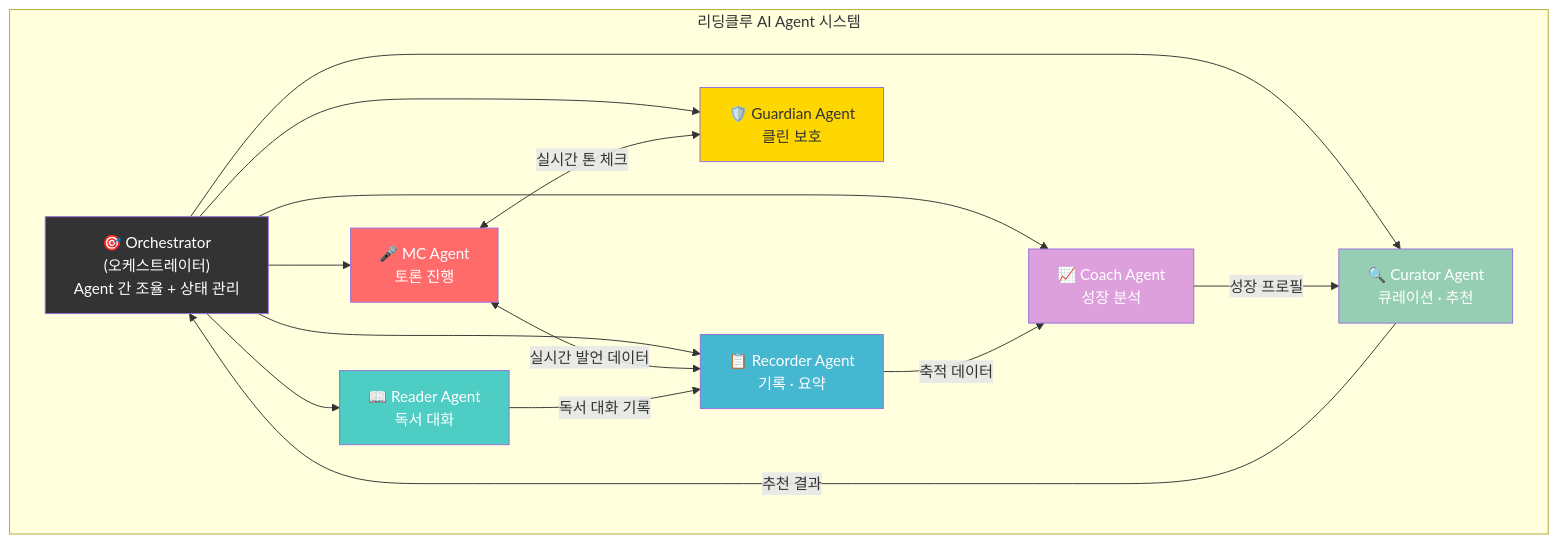
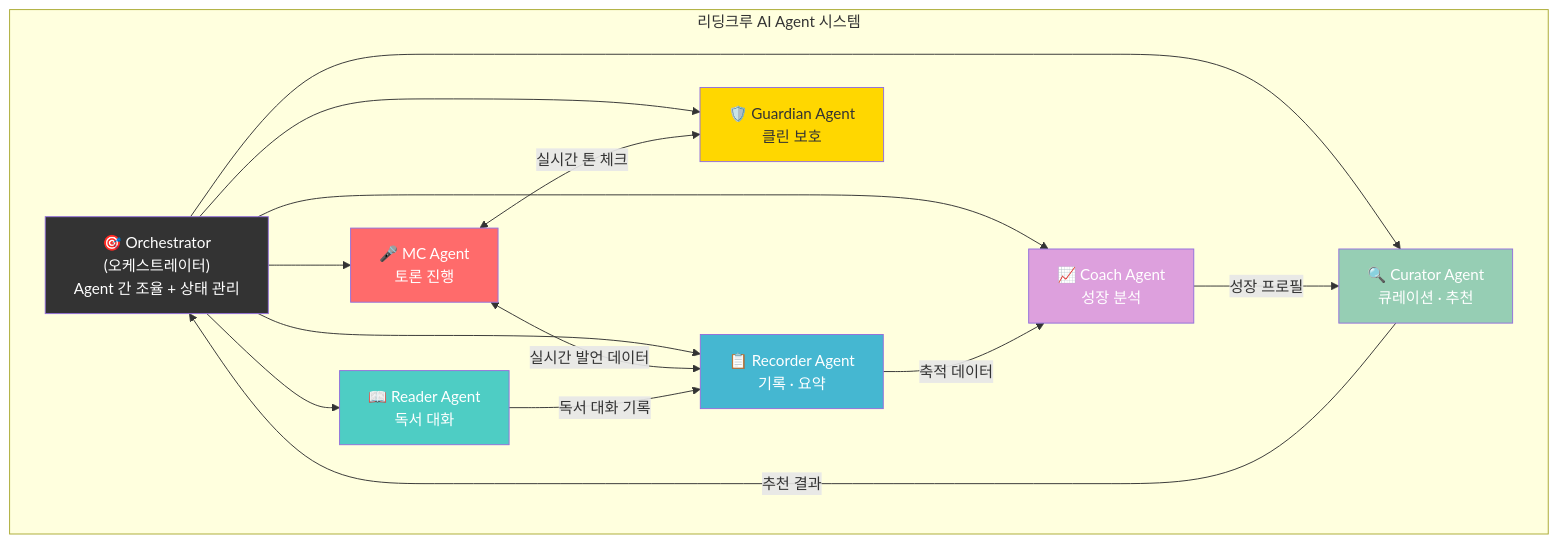
Before and after one commit to Collegenie-X/ReadingClueProject: the fifth of 14 diagrams in 아이디어/6단계-리딩클루_화면설계_AI에이전트_설계서.md, drawn with Mermaid. The commit also changed other lines of this file and 9 other files, not shown here.

````diff
--- a/아이디어/6단계-리딩클루_화면설계_AI에이전트_설계서.md
+++ b/아이디어/6단계-리딩클루_화면설계_AI에이전트_설계서.md
@@ -1259,35 +1259,35 @@
 ```mermaid
 graph TD
-    subgraph "리딩클루 AI Agent 시스템"
+    subgraph "리딩크루 AI Agent 시스템"
         ORC["🎯 Orchestrator<br/>(오케스트레이터)<br/>Agent 간 조율 + 상태 관리"]
 
         MC["🎤 MC Agent<br/>토론 진행"]
         RD["📖 Reader Agent<br/>독서 대화"]
         RC["📋 Recorder Agent<br/>기록 · 요약"]
         CU["🔍 Curator Agent<br/>큐레이션 · 추천"]
         CO["📈 Coach Agent<br/>성장 분석"]
         GD["🛡️ Guardian Agent<br/>클린 보호"]
     end
 
     ORC --> MC
     ORC --> RD
     ORC --> RC
     ORC --> CU
     ORC --> CO
     ORC --> GD
 
     MC <-->|"실시간 발언 데이터"| RC
     MC <-->|"실시간 톤 체크"| GD
     RD -->|"독서 대화 기록"| RC
     RC -->|"축적 데이터"| CO
     CO -->|"성장 프로필"| CU
     CU -->|"추천 결과"| ORC
 
     style ORC fill:#333,color:#fff
     style MC fill:#FF6B6B,color:#fff
     style RD fill:#4ECDC4,color:#fff
     style RC fill:#45B7D1,color:#fff
     style CU fill:#96CEB4,color:#fff
     style CO fill:#DDA0DD,color:#fff
     style GD fill:#FFD700,color:#333
 ```
````
